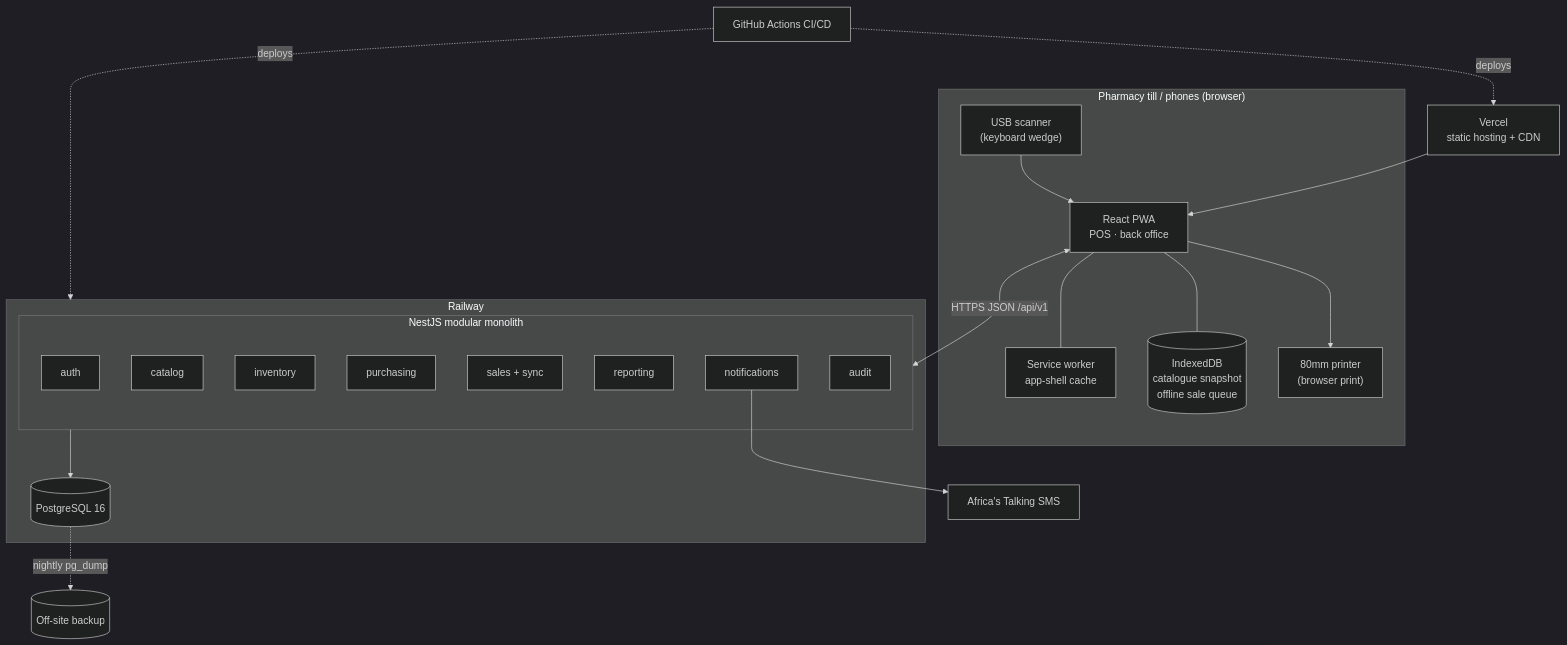
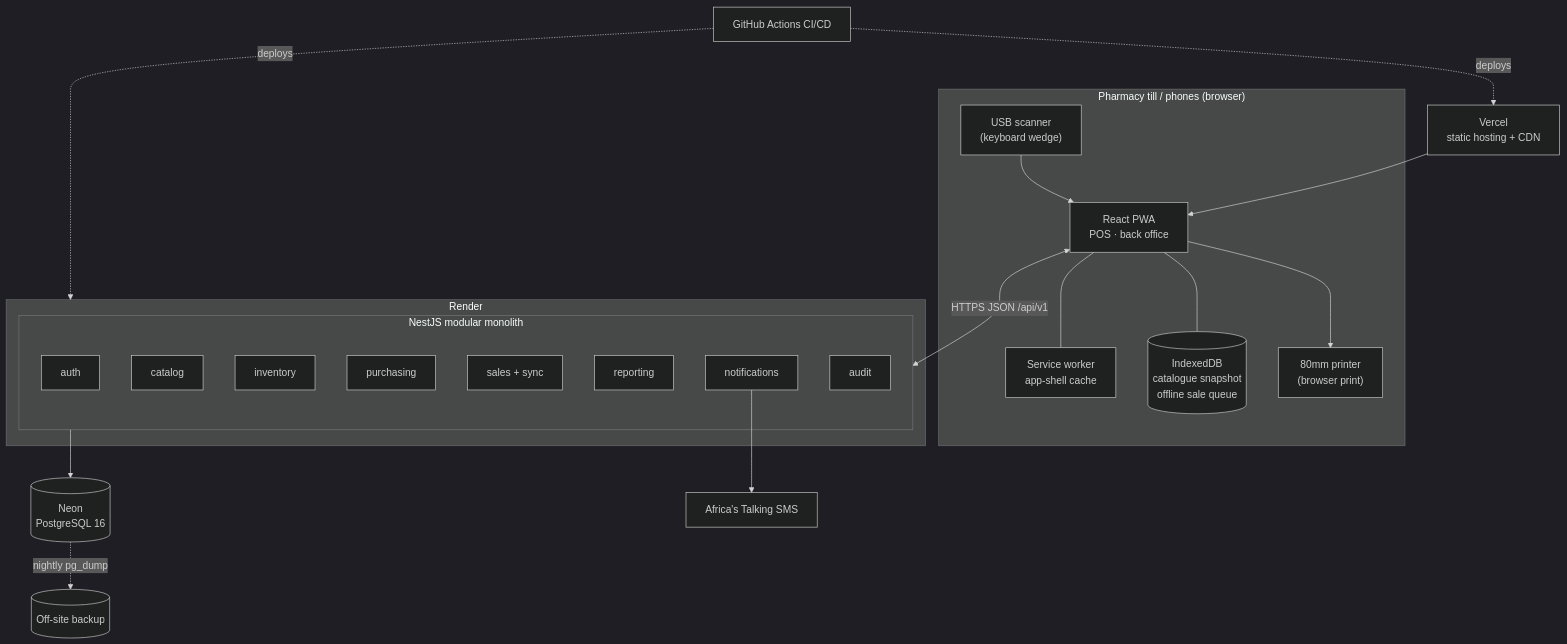
Before and after one commit to Kemoko1111/pharmacy-ims: the eighth of 12 diagrams in docs/analysis-models.md, drawn with Mermaid (dark theme). The commit also changed 11 other files, not shown here.

First line of the commit message:
Switch deployment target from Railway to Render + Neon (ADR-009)

````diff
--- a/docs/analysis-models.md
+++ b/docs/analysis-models.md
@@ -239,28 +239,28 @@
 ```mermaid
 flowchart TB
     subgraph till["Pharmacy till / phones (browser)"]
         PWA["React PWA<br/>POS · back office"]
         SW["Service worker<br/>app-shell cache"]
         IDB[("IndexedDB<br/>catalogue snapshot<br/>offline sale queue")]
         SCAN["USB scanner<br/>(keyboard wedge)"] --> PWA
         PRN["80mm printer<br/>(browser print)"]
         PWA --- SW
         PWA --- IDB
         PWA --> PRN
     end
 
-    subgraph railway["Railway"]
+    subgraph render["Render"]
         subgraph api["NestJS modular monolith"]
             AUTH[auth] ; CAT[catalog] ; INVM[inventory] ; PUR[purchasing]
             SAL["sales + sync"] ; REP[reporting] ; NOT[notifications] ; AUD[audit]
         end
-        PG[("PostgreSQL 16")]
-        api --> PG
     end
+    PG[("Neon<br/>PostgreSQL 16")]
+    api --> PG
 
     VER["Vercel<br/>static hosting + CDN"] --> PWA
     PWA <-->|"HTTPS JSON /api/v1"| api
     NOT --> AT["Africa's Talking SMS"]
     PG -.nightly pg_dump.-> BK[("Off-site backup")]
-    GH["GitHub Actions CI/CD"] -.deploys.-> VER & railway
+    GH["GitHub Actions CI/CD"] -.deploys.-> VER & render
 ```
````
